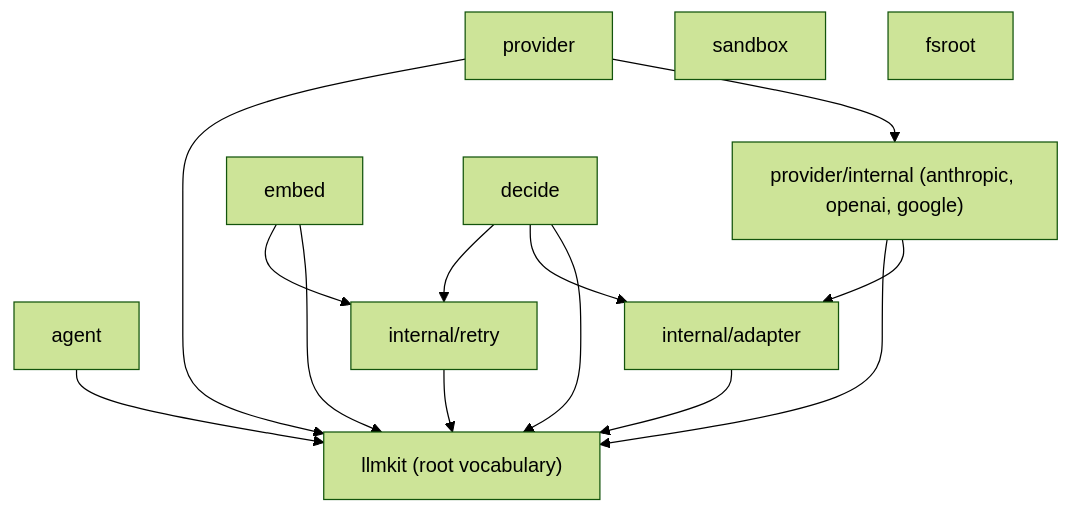
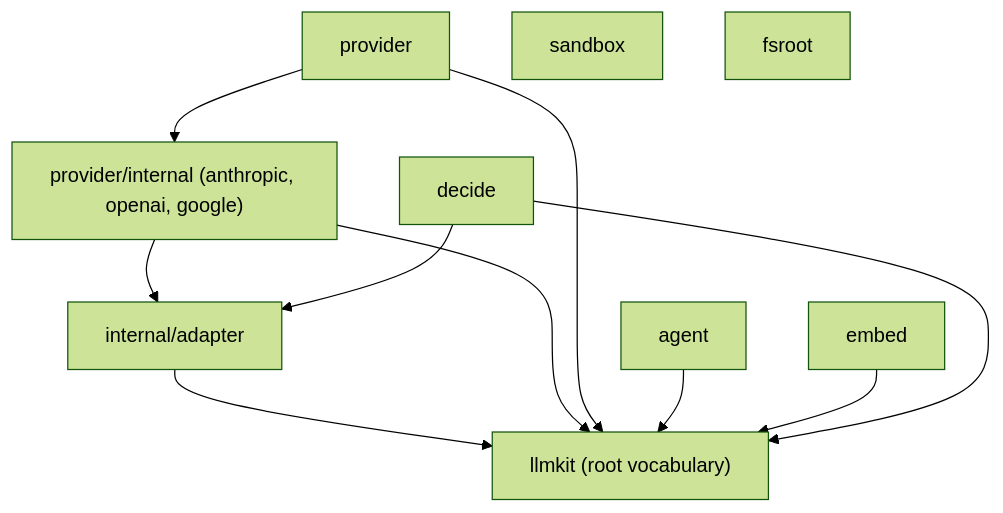
One commit to dpoage/llmkit changed the diagram in docs/design.md. Above: the diagram before and after it, drawn with Mermaid (forest theme). The commit also changed other lines of this file and 13 other files, not shown here.

First line of the commit message:
retry: one backoff loop and one Retry-After parser in root

````diff
--- a/docs/design.md
+++ b/docs/design.md
@@ -12,18 +12,15 @@
 ```mermaid
 flowchart TD
     AGENT["agent"]
     PROV["provider"] --> ADAPTERS["provider/internal (anthropic, openai, google)"]
     ADAPTERS --> IA["internal/adapter"]
     IA --> ROOT["llmkit (root vocabulary)"]
     ADAPTERS --> ROOT
     PROV --> ROOT
     AGENT --> ROOT
     EMBED["embed"] --> ROOT
-    EMBED --> RETRY["internal/retry"]
     DECIDE["decide"] --> ROOT
     DECIDE --> IA
-    DECIDE --> RETRY
-    RETRY --> ROOT
     SANDBOX["sandbox"]
     FSROOT["fsroot"]
 ```
````
